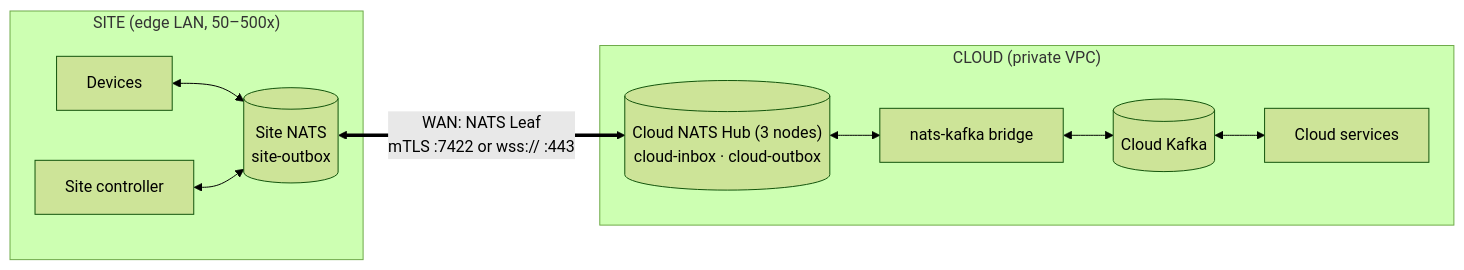
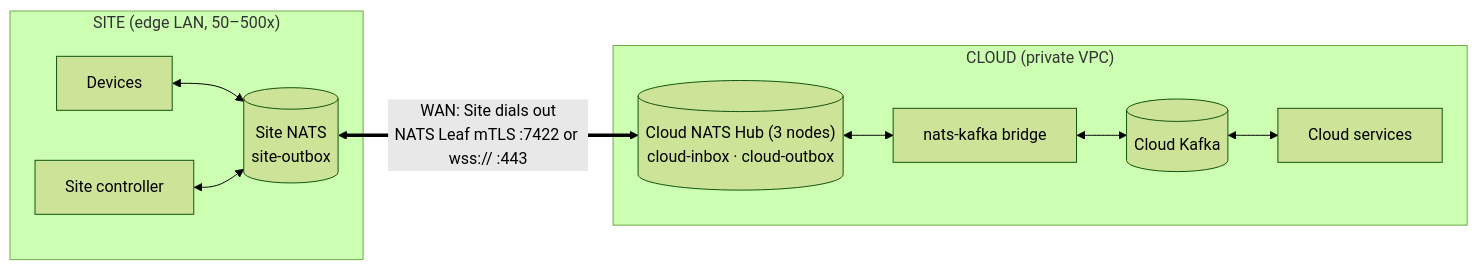
Before and after one commit to jinternals/nats-demo: the first of 3 diagrams in docs/comparison.md, drawn with Mermaid (forest theme). The commit also changed other lines of this file and 10 other files, not shown here.

Commit message:
Add Pattern C (Cloud Bridge -> Site NATS) and unify all Site/WAN/Cloud diagrams

````diff
--- a/docs/comparison.md
+++ b/docs/comparison.md
@@ -20,15 +19,15 @@
 ```mermaid
 flowchart LR
   subgraph site["SITE (edge LAN, 50–500x)"]
     dev["Devices"] <--> sn[("Site NATS<br/>site-outbox")]
     ctl["Site controller"] <--> sn
   end
   subgraph cloud["CLOUD (private VPC)"]
     hub[("Cloud NATS Hub (3 nodes)<br/>cloud-inbox · cloud-outbox")]
     br["nats-kafka bridge"]
     kf[("Cloud Kafka")]
     svc["Cloud services"]
     hub <--> br <--> kf <--> svc
   end
-  sn <== "WAN: NATS Leaf<br/>mTLS :7422 or wss:// :443" ==> hub
+  sn <== "WAN: Site dials out<br/>NATS Leaf mTLS :7422 or wss:// :443" ==> hub
 ```
````
